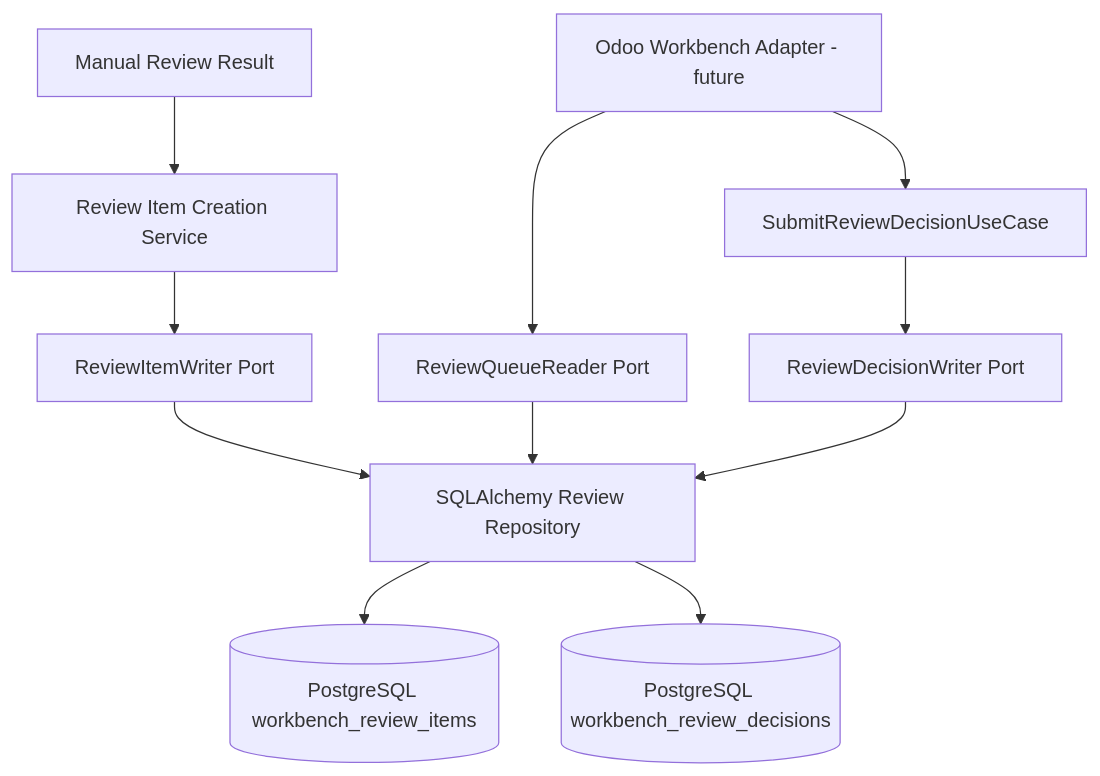
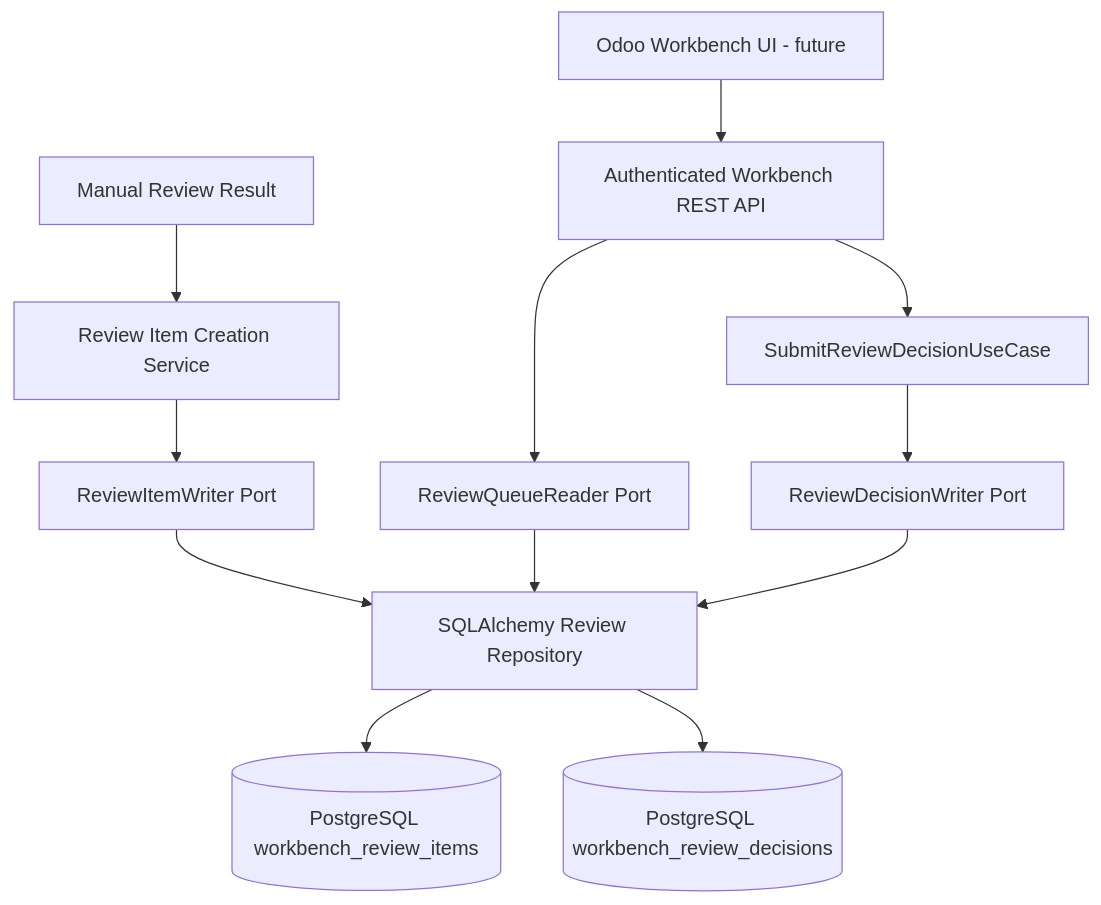
The second of 2 diagrams in docs/architecture.md (odurmazoglu/ict-integration-hub), drawn with Mermaid before and after one commit. The commit also changed 12 other files, not shown here.

Commit message:
feat: add authenticated workbench rest api

````diff
--- a/docs/architecture.md
+++ b/docs/architecture.md
@@ -89,24 +89,26 @@
 ```mermaid
 flowchart TB
     ManualReview[Manual Review Result]
     Creation[Review Item Creation Service]
     Writer[ReviewItemWriter Port]
     Submit[SubmitReviewDecisionUseCase]
     DecisionWriter[ReviewDecisionWriter Port]
     Repository[SQLAlchemy Review Repository]
     ReviewItems[(PostgreSQL workbench_review_items)]
     Decisions[(PostgreSQL workbench_review_decisions)]
-    Workbench[Odoo Workbench Adapter - future]
+    API[Authenticated Workbench REST API]
+    Workbench[Odoo Workbench UI - future]
     Reader[ReviewQueueReader Port]
 
     ManualReview --> Creation
     Creation --> Writer
     Writer --> Repository
     Repository --> ReviewItems
     Repository --> Decisions
-    Workbench --> Reader
+    Workbench --> API
+    API --> Reader
+    API --> Submit
     Reader --> Repository
-    Workbench --> Submit
     Submit --> DecisionWriter
     DecisionWriter --> Repository
 ```
````
